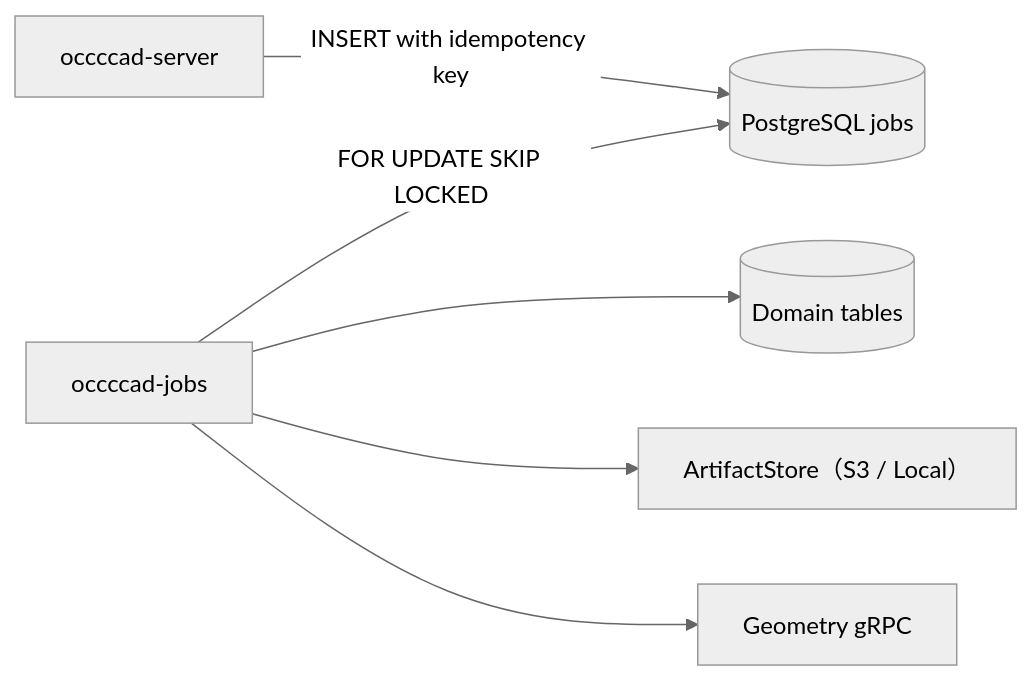
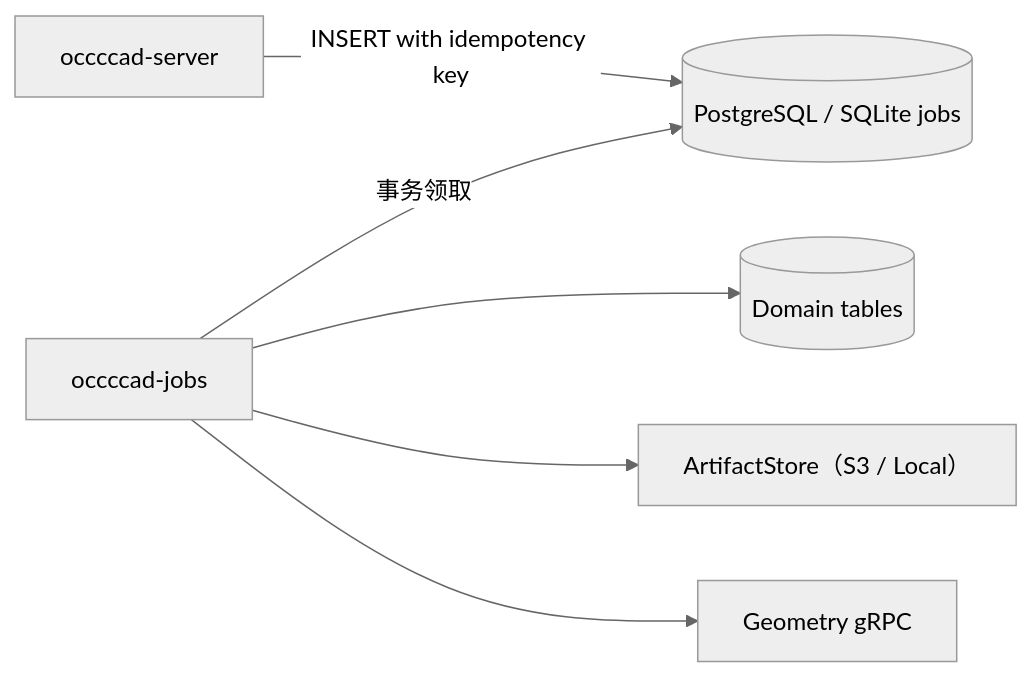
The diagram in services/cmd/occccad-jobs/README.md (cossoledad/occccad), drawn with Mermaid (neutral theme) before and after one commit. The commit also changed other lines of this file and 66 other files, not shown here.

````diff
--- a/services/cmd/occccad-jobs/README.md
+++ b/services/cmd/occccad-jobs/README.md
@@ -20,8 +22,8 @@
 ```mermaid
 flowchart LR
-    API["occccad-server"] -->|"INSERT with idempotency key"| Queue[(PostgreSQL jobs)]
-    Jobs["occccad-jobs"] -->|"FOR UPDATE SKIP LOCKED"| Queue
+    API["occccad-server"] -->|"INSERT with idempotency key"| Queue[(PostgreSQL / SQLite jobs)]
+    Jobs["occccad-jobs"] -->|"事务领取"| Queue
     Jobs --> DB[(Domain tables)]
     Jobs --> Store["ArtifactStore（S3 / Local）"]
     Jobs --> Geometry["Geometry gRPC"]
 ```
````
